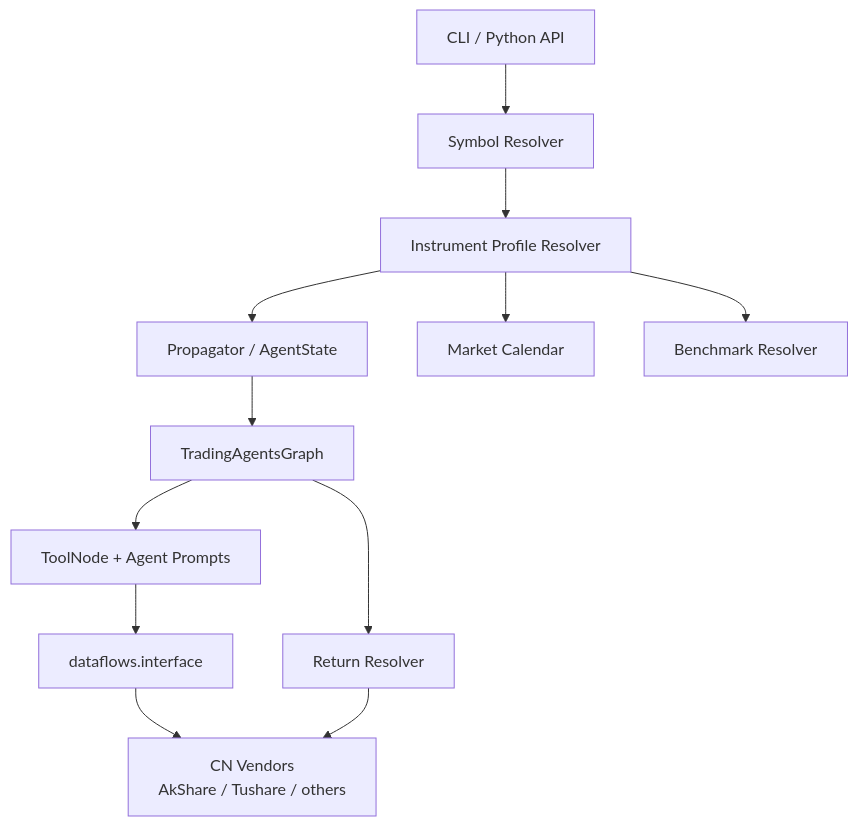
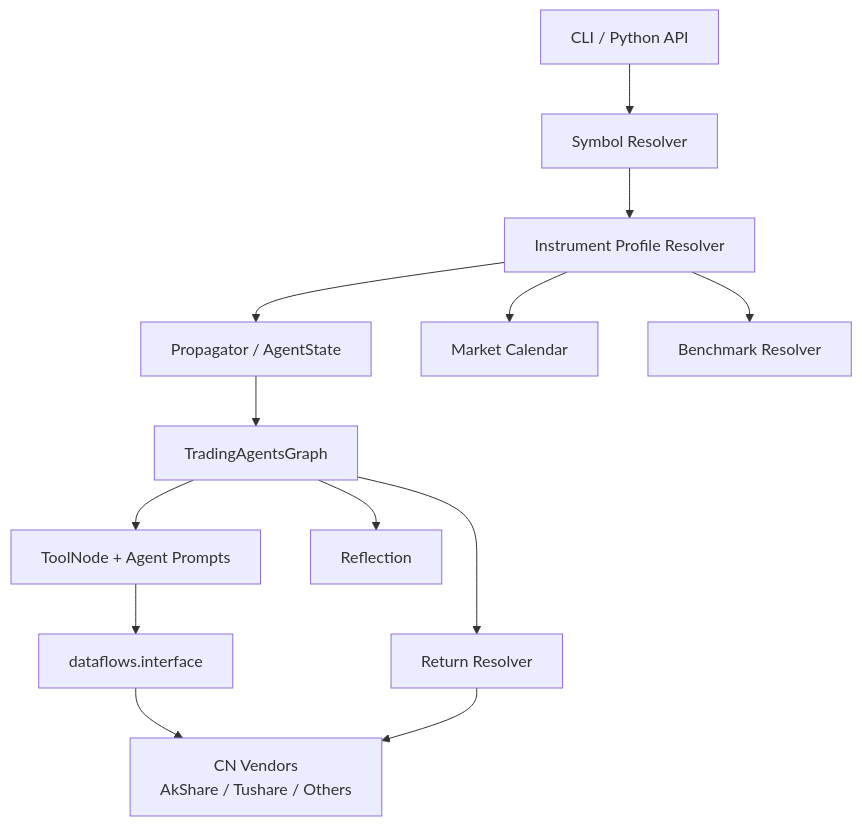
One commit to A1pha3/TradingAgents changed the first of 2 diagrams in docs/cn/09-a-share-extension-design.md. Above: the diagram before and after it, drawn with Mermaid. The commit also changed other lines of this file and 9 other files, not shown here.

````diff
--- a/docs/cn/09-a-share-extension-design.md
+++ b/docs/cn/09-a-share-extension-design.md
@@ -101,14 +62,15 @@
 ```mermaid
 flowchart TD
     A[CLI / Python API] --> B[Symbol Resolver]
     B --> C[Instrument Profile Resolver]
     C --> D[Propagator / AgentState]
     D --> E[TradingAgentsGraph]
     E --> F[ToolNode + Agent Prompts]
     F --> G[dataflows.interface]
-    G --> H[CN Vendors<br/>AkShare / Tushare / others]
-    E --> I[Return Resolver]
-    I --> H
-    C --> J[Market Calendar]
-    C --> K[Benchmark Resolver]
+    G --> H[CN Vendors<br/>AkShare / Tushare / Others]
+    C --> I[Market Calendar]
+    C --> J[Benchmark Resolver]
+    E --> K[Return Resolver]
+    K --> H
+    E --> L[Reflection]
 ```
````
